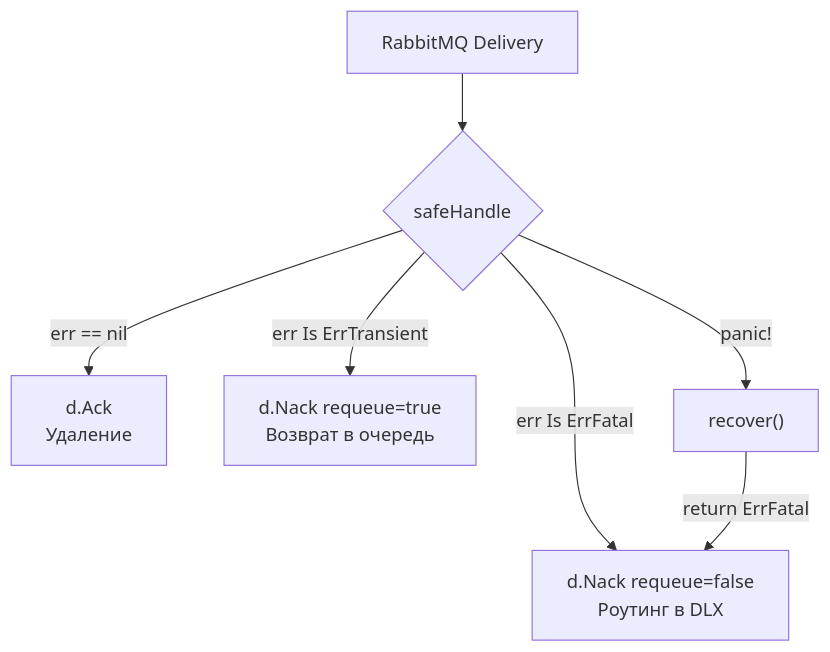
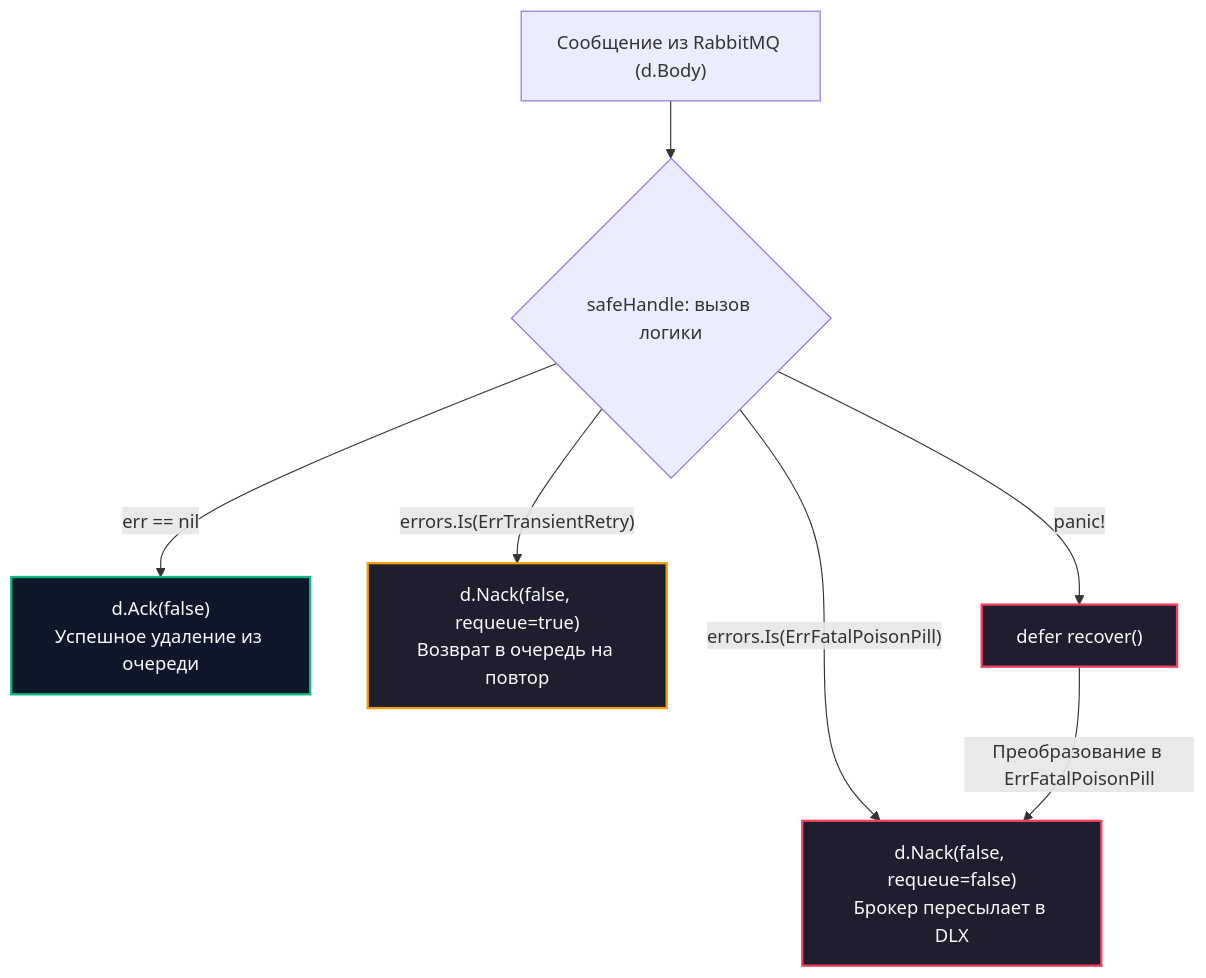
Before and after one commit to UnrealTemplier/go-textbook: the second of 3 diagrams in sources/13. Очереди, брокеры сообщений и оркестраторы/07. Практика/6. Handling poison messages.md, drawn with Mermaid. The commit also changed other lines of this file, not shown here.

Commit message:
feat(module-13): editorial rewrite of lecture 6 (Handling poison messages) in Subsection 7 in Kernighan style

````diff
--- a/sources/13. Очереди, брокеры сообщений и оркестраторы/07. Практика/6. Handling poison messages.md
+++ b/sources/13. Очереди, брокеры сообщений и оркестраторы/07. Практика/6. Handling poison messages.md
@@ -128,9 +213,16 @@
 ```mermaid
 flowchart TD
-    A["RabbitMQ Delivery"] --> B{"safeHandle"}
-    B -->|"err == nil"| C["d.Ack<br>Удаление"]
-    B -->|"err Is ErrFatal"| D["d.Nack requeue=false<br>Роутинг в DLX"]
-    B -->|"err Is ErrTransient"| E["d.Nack requeue=true<br>Возврат в очередь"]
-    B -->|"panic!"| F["recover()"]
-    F -->|"return ErrFatal"| D
+    A["Сообщение из RabbitMQ (d.Body)"] --> B{"safeHandle: вызов логики"}
+    B -->|"err == nil"| C["d.Ack(false)<br>Успешное удаление из очереди"]
+    B -->|"errors.Is(ErrFatalPoisonPill)"| D["d.Nack(false, requeue=false)<br>Брокер пересылает в DLX"]
+    B -->|"errors.Is(ErrTransientRetry)"| E["d.Nack(false, requeue=true)<br>Возврат в очередь на повтор"]
+    B -->|"panic!"| F["defer recover()"]
+    F -->|"Преобразование в ErrFatalPoisonPill"| D
+
+    classDef ok fill:#0f172a,stroke:#10b981,stroke-width:2px,color:#f8fafc;
+    classDef warn fill:#1e1e2e,stroke:#f59e0b,stroke-width:2px,color:#f8fafc;
+    classDef err fill:#1e1e2e,stroke:#f43f5e,stroke-width:2px,color:#f8fafc;
+    class C ok;
+    class E warn;
+    class D,F err;
 ```
````
